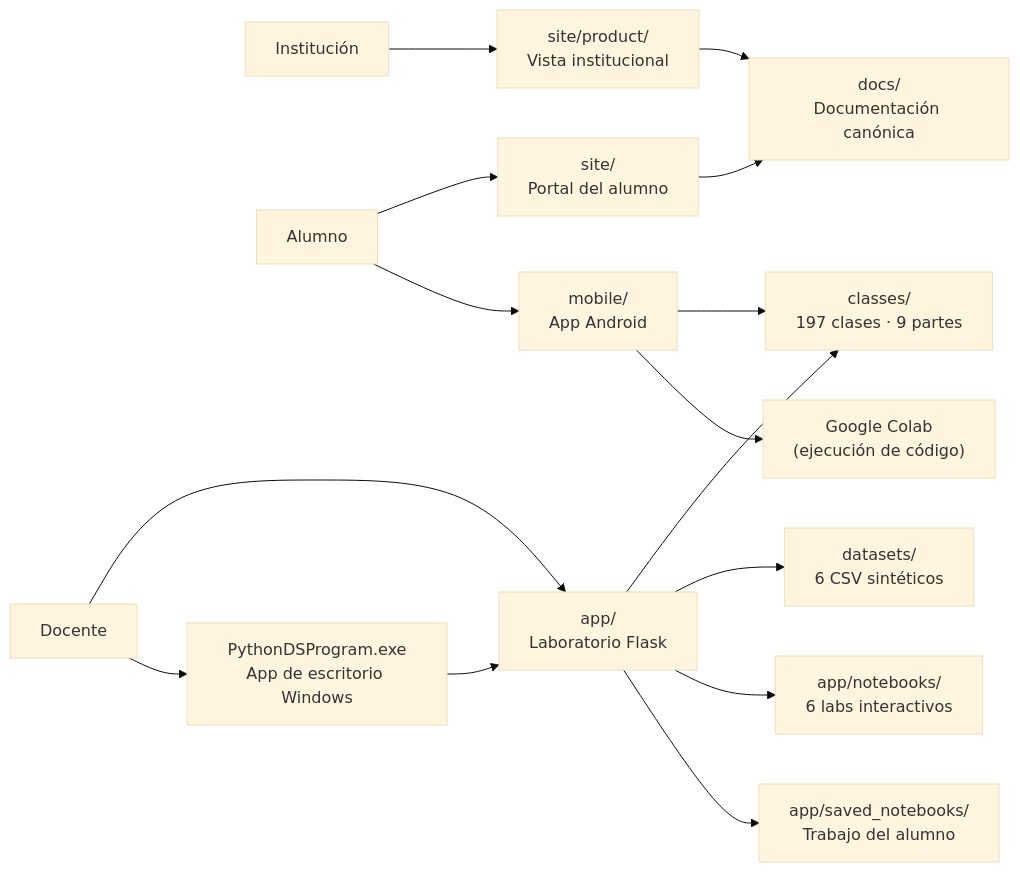
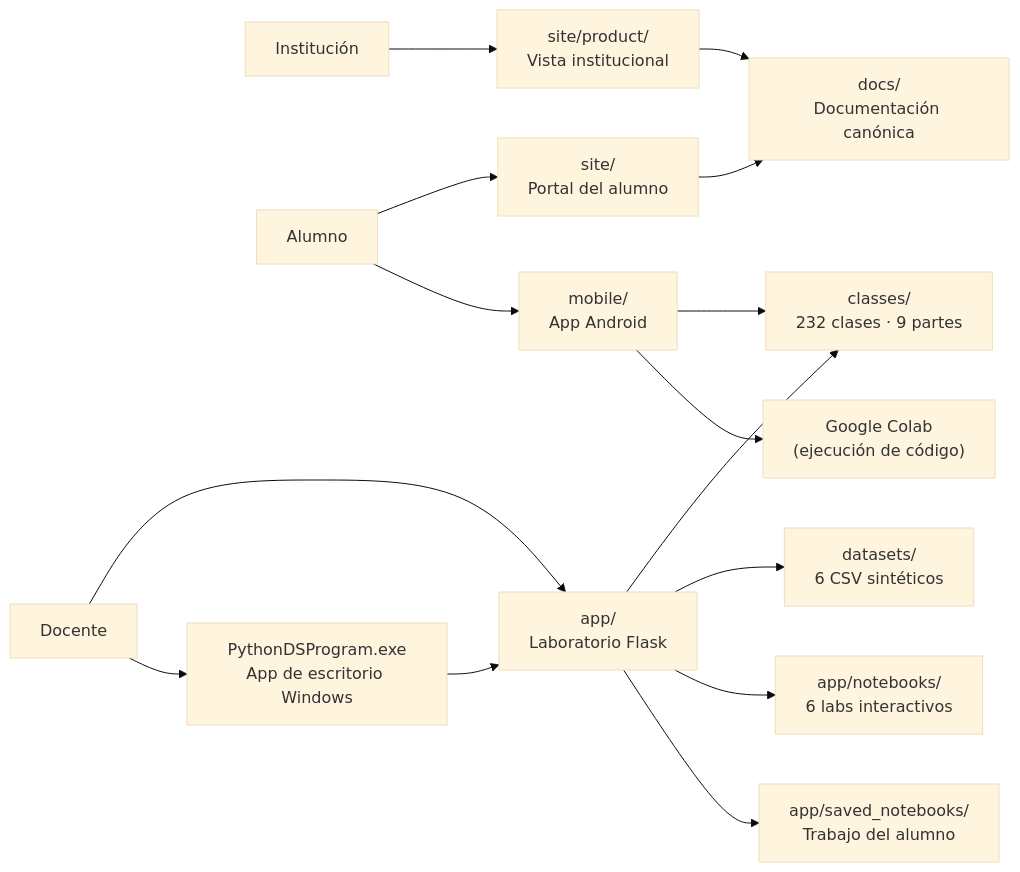
Before and after one commit to vladimiracunadev-create/python-data-science-bootcamp: the first of 2 diagrams in README.md, drawn with Mermaid (base theme). The commit also changed other lines of this file and 15 other files, not shown here.

````diff
--- a/README.md
+++ b/README.md
@@ -161,18 +160,18 @@
 ```mermaid
 graph LR
     INST["Institución"] --> PRODUCT["site/product/\nVista institucional"]
     ALUM["Alumno"] --> PORTAL["site/\nPortal del alumno"]
     ALUM --> MOBILE["mobile/\nApp Android"]
     DOC["Docente"] --> LAB["app/\nLaboratorio Flask"]
     DOC --> WIN["PythonDSProgram.exe\nApp de escritorio Windows"]
 
     PRODUCT --> DOCS["docs/\nDocumentación canónica"]
     PORTAL --> DOCS
-    MOBILE --> CLASSES["classes/\n197 clases · 9 partes"]
+    MOBILE --> CLASSES["classes/\n232 clases · 9 partes"]
     MOBILE --> COLAB["Google Colab\n(ejecución de código)"]
     LAB --> CLASSES
     LAB --> DATA["datasets/\n6 CSV sintéticos"]
     LAB --> NOTEBOOKS["app/notebooks/\n6 labs interactivos"]
     LAB --> SAVED["app/saved_notebooks/\nTrabajo del alumno"]
     WIN --> LAB
 ```
````
